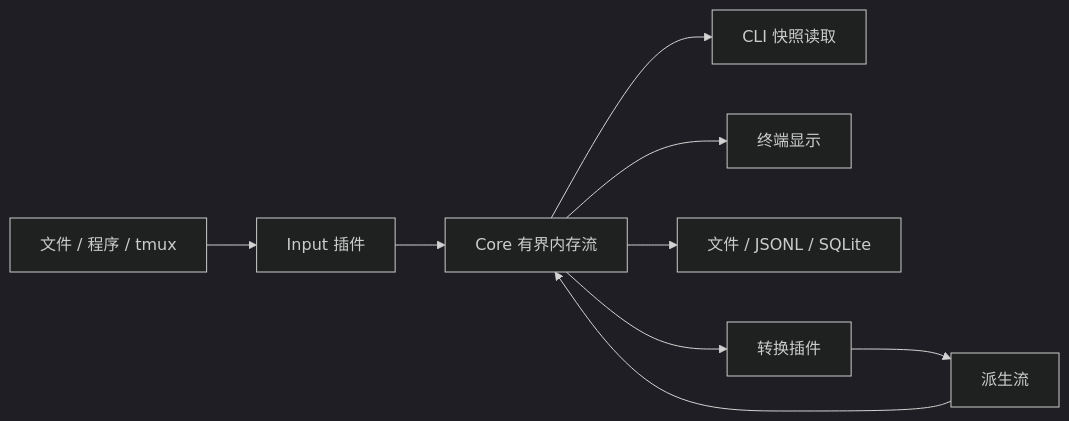
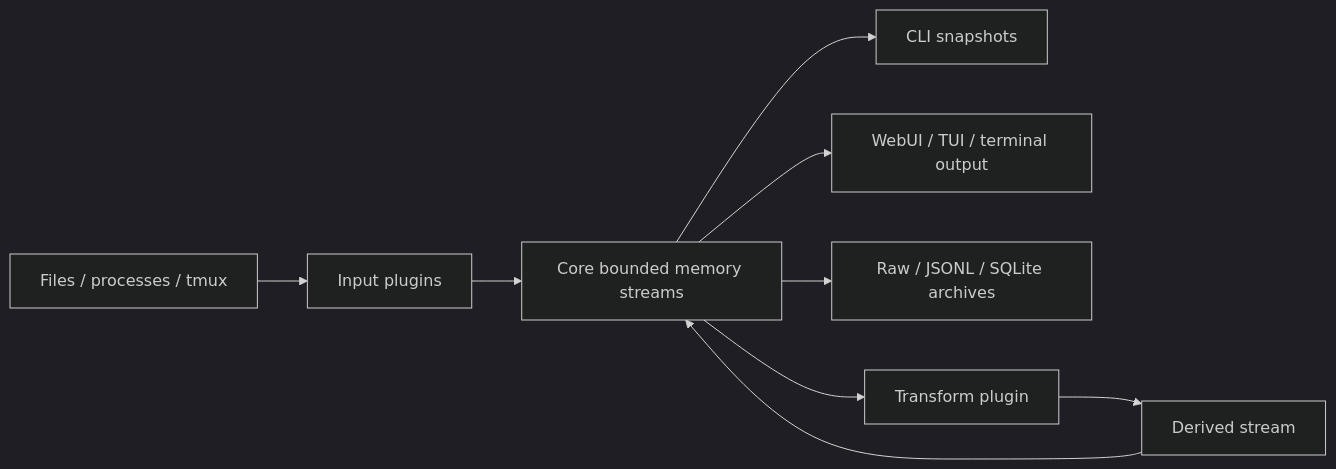
The diagram in README.md (TXyy2023/log_print), drawn with Mermaid (dark theme) before and after one commit. The commit also changed other lines of this file and 54 other files, not shown here.

````diff
--- a/README.md
+++ b/README.md
@@ -103,11 +130,11 @@
 ```mermaid
 flowchart LR
-    A[文件 / 程序 / tmux] --> B[Input 插件]
-    B --> C[Core 有界内存流]
-    C --> D[CLI 快照读取]
-    C --> E[终端显示]
-    C --> F[文件 / JSONL / SQLite]
-    C --> G[转换插件]
-    G --> H[派生流]
+    A[Files / processes / tmux] --> B[Input plugins]
+    B --> C[Core bounded memory streams]
+    C --> D[CLI snapshots]
+    C --> E[WebUI / TUI / terminal output]
+    C --> F[Raw / JSONL / SQLite archives]
+    C --> G[Transform plugin]
+    G --> H[Derived stream]
     H --> C
 ```
````
